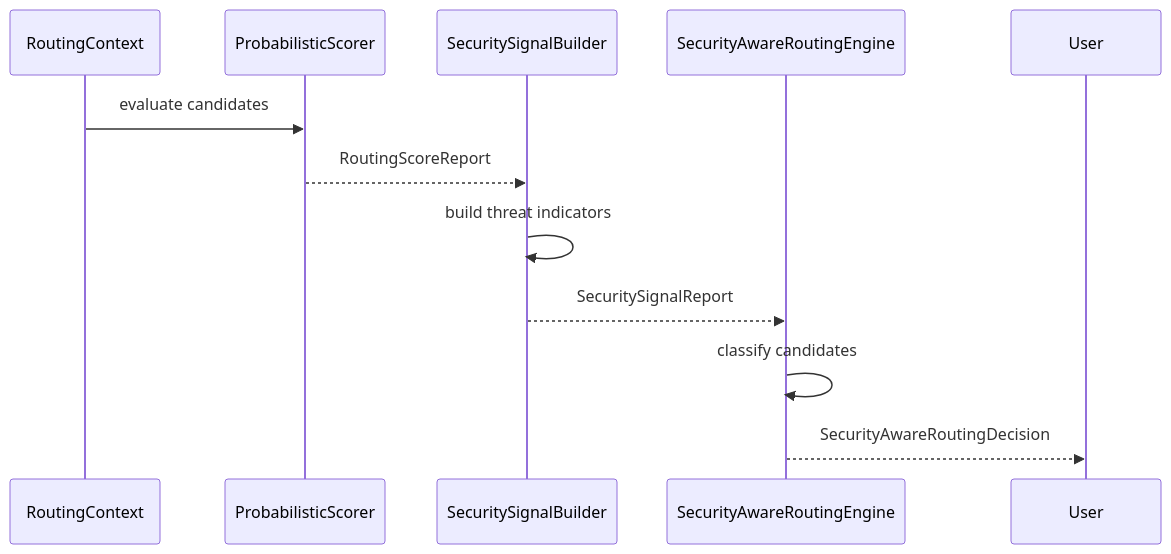
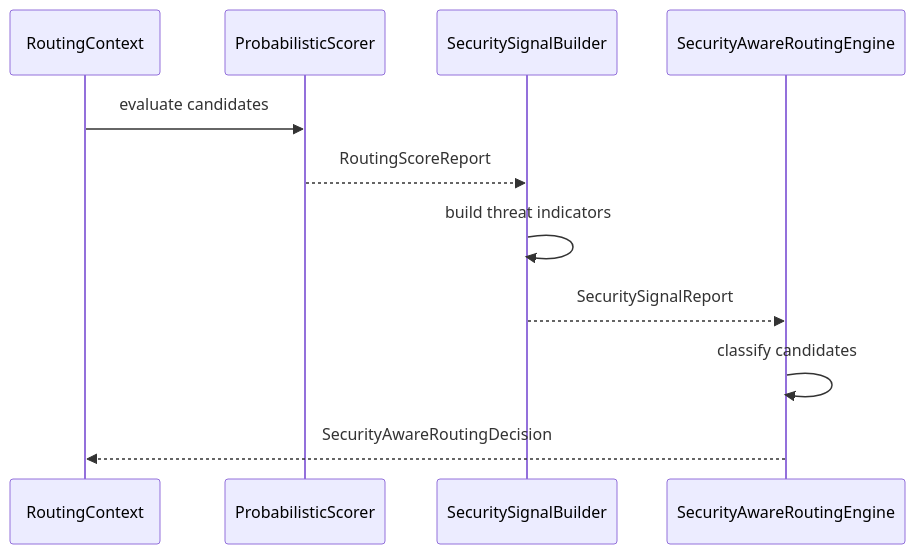
One commit to leozzmc/AetherNet changed the third of 7 diagrams in docs/architecture.md. Above: the diagram before and after it, drawn with Mermaid. The commit also changed other lines of this file and 6 other files, not shown here.

````diff
--- a/docs/architecture.md
+++ b/docs/architecture.md
@@ -110,16 +157,16 @@
 ```mermaid
 sequenceDiagram
     participant Context as RoutingContext
     participant Scorer as ProbabilisticScorer
     participant Signals as SecuritySignalBuilder
     participant Engine as SecurityAwareRoutingEngine
 
     Context->>Scorer: evaluate candidates
     Scorer-->>Signals: RoutingScoreReport
 
     Signals->>Signals: build threat indicators
     Signals-->>Engine: SecuritySignalReport
 
     Engine->>Engine: classify candidates
-    Engine-->>User: SecurityAwareRoutingDecision
+    Engine-->>Context: SecurityAwareRoutingDecision
 ```
````
